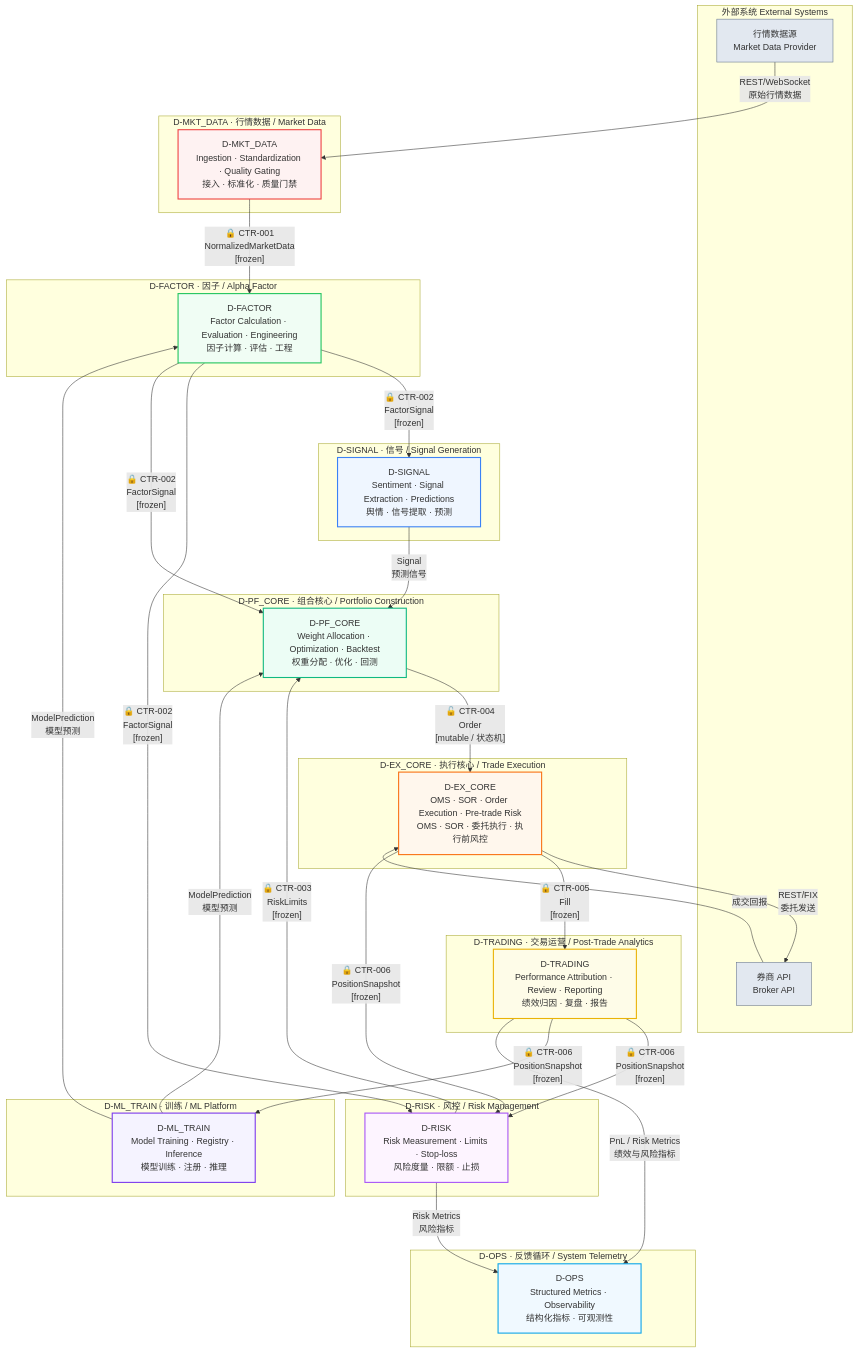
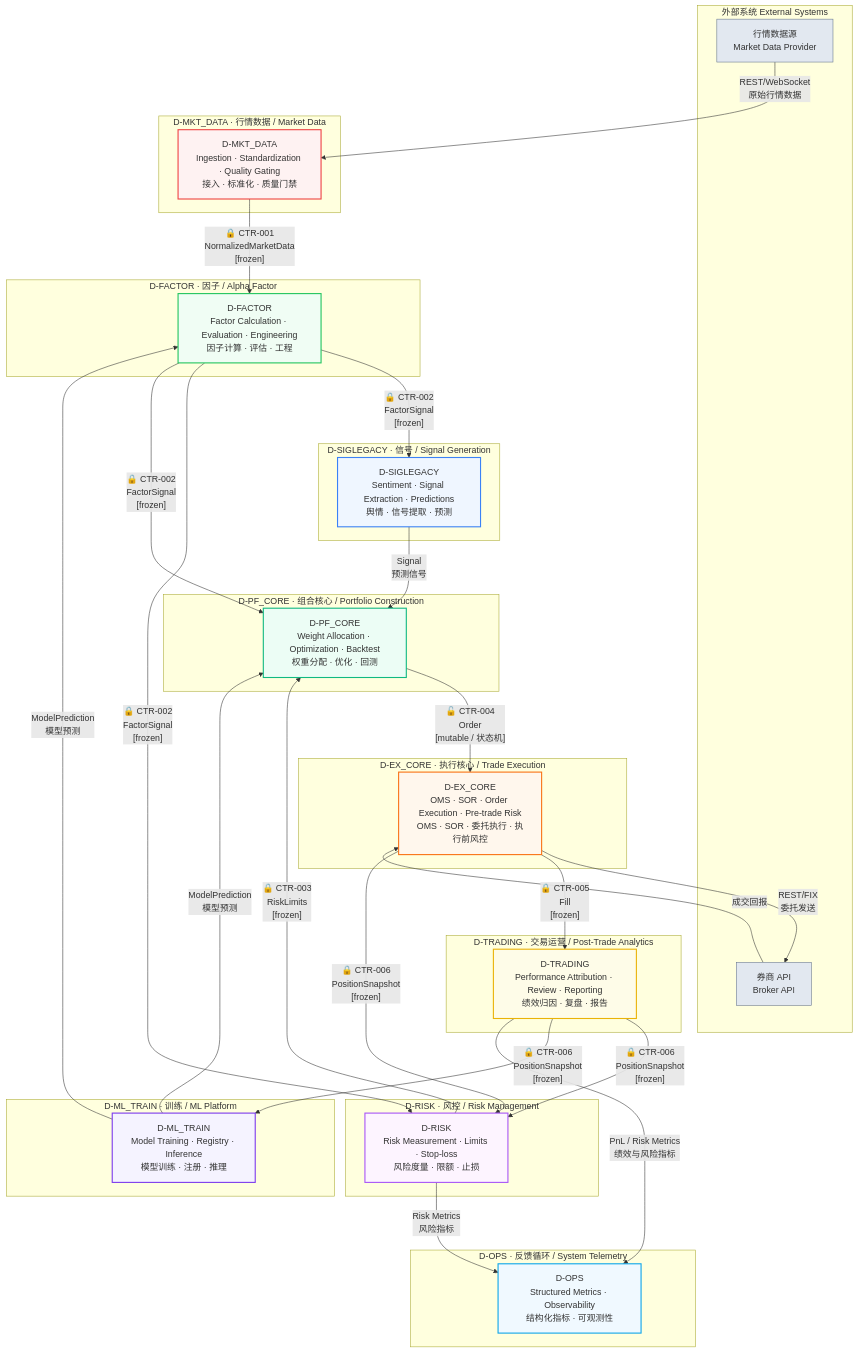
One commit to xuanFelixVan/ZephyrAlpha changed the diagram in docs/02_enterprise_architecture/target_architecture/diagrams/data_flow.mmd. Above: the diagram before and after it, drawn with Mermaid. The commit also changed 239 other files, not shown here.

```diff
--- a/docs/02_enterprise_architecture/target_architecture/diagrams/data_flow.mmd
+++ b/docs/02_enterprise_architecture/target_architecture/diagrams/data_flow.mmd
@@ -1,116 +1,116 @@
-%% 重写时间: 2026-06-23 (DM-200913 Phase4-B)
-%% 基于§2.1裁定: 14层降级为域属性，43域为唯一物理分类体系
+%% 重写时间: 2026-06-25 (DM-200913 Phase4-B)
+%% 基于§2.1裁定: 14层降级为域属性，52域为唯一物理分类体系
 %% 数据源: depgraph.db
 %% 图例: 🔒 = frozen (不可变契约) | 🔓 = mutable (可变契约，状态机)
 %% 契约真源: architecture_model/contracts/cross_layer_contracts.yaml
 
 %%{init: {'theme': 'default'}}%%
 %% Data Flow Diagram — ZephyrAlpha 2.0 Core Pipeline
-%% v2.0.0: 14层节点→43域节点，保留P0跨层契约标注
+%% v2.0.0: 14层节点→52域节点，保留P0跨层契约标注
 
 flowchart TD
     subgraph External["外部系统 External Systems"]
         MD["行情数据源<br/>Market Data Provider"]
         BK["券商 API<br/>Broker API"]
     end
 
     subgraph D_MKT_DATA_Grp["D-MKT_DATA · 行情数据 / Market Data"]
         D_MKT_DATA["D-MKT_DATA<br/>Ingestion · Standardization · Quality Gating<br/>接入 · 标准化 · 质量门禁"]
     end
 
     subgraph D_FACTOR_Grp["D-FACTOR · 因子 / Alpha Factor"]
         D_FACTOR["D-FACTOR<br/>Factor Calculation · Evaluation · Engineering<br/>因子计算 · 评估 · 工程"]
     end
 
-    subgraph D_SIGNAL_Grp["D-SIGNAL · 信号 / Signal Generation"]
-        D_SIGNAL["D-SIGNAL<br/>Sentiment · Signal Extraction · Predictions<br/>舆情 · 信号提取 · 预测"]
+    subgraph D_SIGNAL_Grp["D-SIGLEGACY · 信号 / Signal Generation"]
+        D_SIGNAL["D-SIGLEGACY<br/>Sentiment · Signal Extraction · Predictions<br/>舆情 · 信号提取 · 预测"]
     end
 
     subgraph D_RISK_Grp["D-RISK · 风控 / Risk Management"]
         D_RISK["D-RISK<br/>Risk Measurement · Limits · Stop-loss<br/>风险度量 · 限额 · 止损"]
     end
 
     subgraph D_PF_CORE_Grp["D-PF_CORE · 组合核心 / Portfolio Construction"]
         D_PF_CORE["D-PF_CORE<br/>Weight Allocation · Optimization · Backtest<br/>权重分配 · 优化 · 回测"]
     end
 
     subgraph D_EX_CORE_Grp["D-EX_CORE · 执行核心 / Trade Execution"]
         D_EX_CORE["D-EX_CORE<br/>OMS · SOR · Order Execution · Pre-trade Risk<br/>OMS · SOR · 委托执行 · 执行前风控"]
     end
 
     subgraph D_TRADING_Grp["D-TRADING · 交易运营 / Post-Trade Analytics"]
         D_TRADING["D-TRADING<br/>Performance Attribution · Review · Reporting<br/>绩效归因 · 复盘 · 报告"]
     end
 
     subgraph D_ML_TRAIN_Grp["D-ML_TRAIN · 训练 / ML Platform"]
         D_ML_TRAIN["D-ML_TRAIN<br/>Model Training · Registry · Inference<br/>模型训练 · 注册 · 推理"]
     end
 
     subgraph D_OPS_Grp["D-OPS · 反馈循环 / System Telemetry"]
         D_OPS["D-OPS<br/>Structured Metrics · Observability<br/>结构化指标 · 可观测性"]
     end
 
     %% External → D-MKT_DATA
     MD -->|"REST/WebSocket<br/>原始行情数据"| D_MKT_DATA
 
     %% D-MKT_DATA → D-FACTOR: CTR-001 NormalizedMarketData (frozen)
     D_MKT_DATA -->|"🔒 CTR-001<br/>NormalizedMarketData<br/>[frozen]"| D_FACTOR
 
-    %% D-FACTOR → D-SIGNAL: CTR-002 FactorSignal (frozen)
+    %% D-FACTOR → D-SIGLEGACY: CTR-002 FactorSignal (frozen)
     D_FACTOR -->|"🔒 CTR-002<br/>FactorSignal<br/>[frozen]"| D_SIGNAL
 
     %% D-FACTOR → D-RISK: CTR-002 FactorSignal (frozen)
     D_FACTOR -->|"🔒 CTR-002<br/>FactorSignal<br/>[frozen]"| D_RISK
 
     %% D-FACTOR → D-PF_CORE: CTR-002 FactorSignal (frozen)
     D_FACTOR -->|"🔒 CTR-002<br/>FactorSignal<br/>[frozen]"| D_PF_CORE
 
-    %% D-SIGNAL → D-PF_CORE: 信号输入（非 P0 契约，内部调用）
+    %% D-SIGLEGACY → D-PF_CORE: 信号输入（非 P0 契约，内部调用）
     D_SIGNAL -->|"Signal<br/>预测信号"| D_PF_CORE
 
     %% D-RISK → D-PF_CORE: CTR-003 RiskLimits (frozen)
     D_RISK -->|"🔒 CTR-003<br/>RiskLimits<br/>[frozen]"| D_PF_CORE
 
     %% D-PF_CORE → D-EX_CORE: CTR-004 Order (mutable)
     D_PF_CORE -->|"🔓 CTR-004<br/>Order<br/>[mutable / 状态机]"| D_EX_CORE
 
     %% D-EX_CORE → BK: 委托发送
     D_EX_CORE -->|"REST/FIX<br/>委托发送"| BK
     BK -->|"成交回报"| D_EX_CORE
 
     %% D-EX_CORE → D-TRADING: CTR-005 Fill (frozen)
     D_EX_CORE -->|"🔒 CTR-005<br/>Fill<br/>[frozen]"| D_TRADING
 
     %% D-EX_CORE → D-RISK: CTR-006 PositionSnapshot (frozen) — 风控监控
     D_EX_CORE -->|"🔒 CTR-006<br/>PositionSnapshot<br/>[frozen]"| D_RISK
 
     %% D-TRADING → D-RISK: CTR-006 PositionSnapshot (frozen) — 复盘后风险更新
     D_TRADING -->|"🔒 CTR-006<br/>PositionSnapshot<br/>[frozen]"| D_RISK
 
     %% D-TRADING → D-ML_TRAIN: CTR-006 PositionSnapshot (frozen) — 战略决策
     D_TRADING -->|"🔒 CTR-006<br/>PositionSnapshot<br/>[frozen]"| D_ML_TRAIN
 
     %% D-TRADING → D-OPS: 绩效指标上报
     D_TRADING -->|"PnL / Risk Metrics<br/>绩效与风险指标"| D_OPS
 
     %% D-ML_TRAIN → D-FACTOR: 模型预测反馈
     D_ML_TRAIN -->|"ModelPrediction<br/>模型预测"| D_FACTOR
 
     %% D-ML_TRAIN → D-PF_CORE: 模型预测反馈
     D_ML_TRAIN -->|"ModelPrediction<br/>模型预测"| D_PF_CORE
 
     %% D-RISK → D-OPS: 风险指标上报
     D_RISK -->|"Risk Metrics<br/>风险指标"| D_OPS
 
     %% 样式定义
     style D_MKT_DATA fill:#fef2f2,stroke:#ef4444,stroke-width:2px
     style D_FACTOR fill:#f0fdf4,stroke:#22c55e,stroke-width:2px
     style D_SIGNAL fill:#eff6ff,stroke:#3b82f6,stroke-width:2px
     style D_RISK fill:#fdf4ff,stroke:#a855f7,stroke-width:2px
     style D_PF_CORE fill:#ecfdf5,stroke:#10b981,stroke-width:2px
     style D_EX_CORE fill:#fff7ed,stroke:#f97316,stroke-width:2px
     style D_TRADING fill:#fefce8,stroke:#eab308,stroke-width:2px
     style D_ML_TRAIN fill:#f5f3ff,stroke:#7c3aed,stroke-width:2px
     style D_OPS fill:#f0f9ff,stroke:#0ea5e9,stroke-width:2px
     style MD fill:#e2e8f0,stroke:#64748b
     style BK fill:#e2e8f0,stroke:#64748b
```
